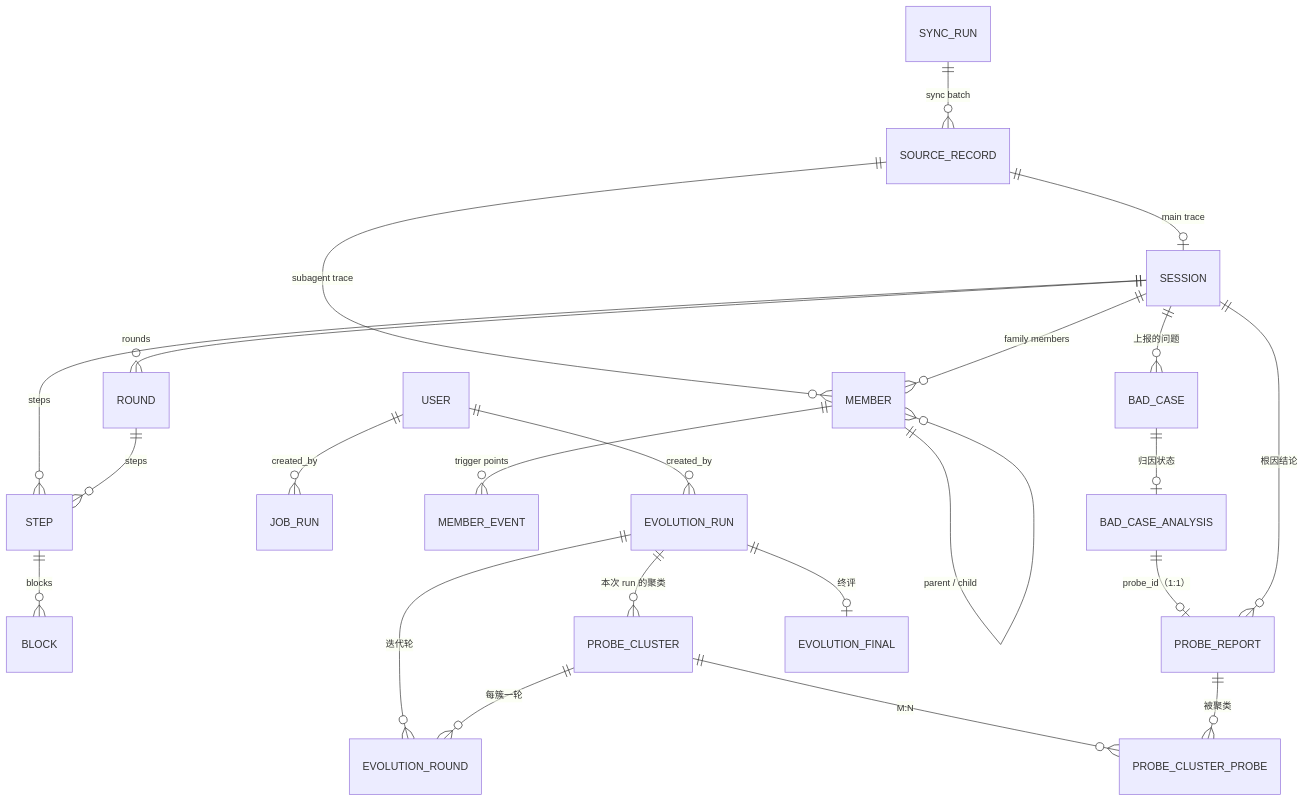
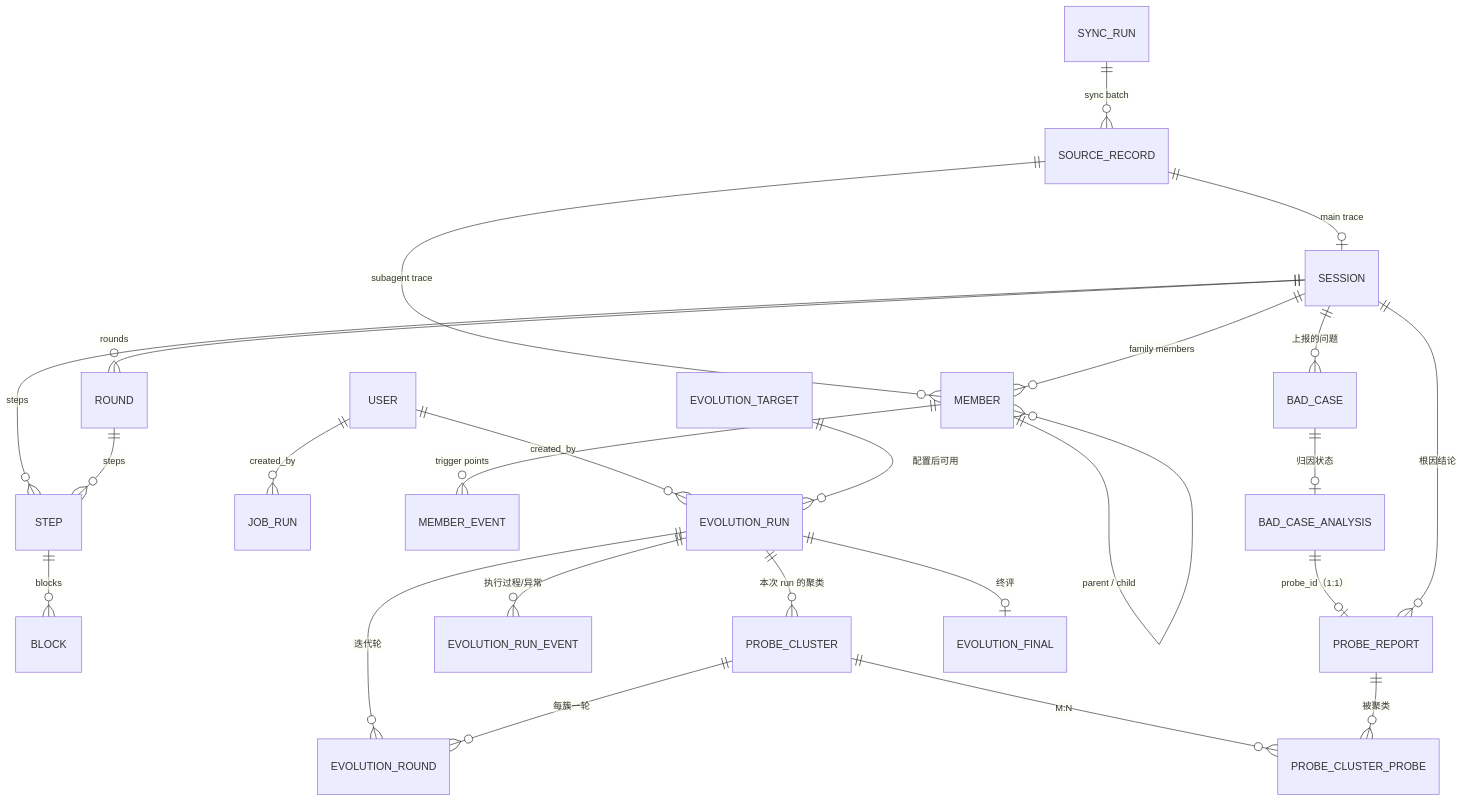
The second of 2 diagrams in plans/fullstack-design/06-database-design.md (Shadow-Azure/harness-evolution), drawn with Mermaid before and after one commit. The commit also changed other lines of this file and 10 other files, not shown here.

````diff
--- a/plans/fullstack-design/06-database-design.md
+++ b/plans/fullstack-design/06-database-design.md
@@ -67,27 +67,29 @@
 ```mermaid
 erDiagram
     USER ||--o{ EVOLUTION_RUN : "created_by"
     USER ||--o{ JOB_RUN : "created_by"
     SYNC_RUN ||--o{ SOURCE_RECORD : "sync batch"
     SOURCE_RECORD ||--o| SESSION : "main trace"
     SOURCE_RECORD ||--o{ MEMBER : "subagent trace"
     SESSION ||--o{ MEMBER : "family members"
     MEMBER ||--o{ MEMBER : "parent / child"
     MEMBER ||--o{ MEMBER_EVENT : "trigger points"
     SESSION ||--o{ ROUND : "rounds"
     SESSION ||--o{ STEP : "steps"
     ROUND ||--o{ STEP : "steps"
     STEP ||--o{ BLOCK : "blocks"
 
     SESSION ||--o{ BAD_CASE : "上报的问题"
     BAD_CASE ||--o| BAD_CASE_ANALYSIS : "归因状态"
     BAD_CASE_ANALYSIS ||--o| PROBE_REPORT : "probe_id（1:1）"
     SESSION ||--o{ PROBE_REPORT : "根因结论"
 
+    EVOLUTION_TARGET ||--o{ EVOLUTION_RUN : "配置后可用"
+    EVOLUTION_RUN ||--o{ EVOLUTION_RUN_EVENT : "执行过程/异常"
     EVOLUTION_RUN ||--o{ PROBE_CLUSTER : "本次 run 的聚类"
     PROBE_CLUSTER ||--o{ PROBE_CLUSTER_PROBE : "M:N"
     PROBE_REPORT ||--o{ PROBE_CLUSTER_PROBE : "被聚类"
     EVOLUTION_RUN ||--o{ EVOLUTION_ROUND : "迭代轮"
     PROBE_CLUSTER ||--o{ EVOLUTION_ROUND : "每簇一轮"
     EVOLUTION_RUN ||--o| EVOLUTION_FINAL : "终评"
 ```
````
